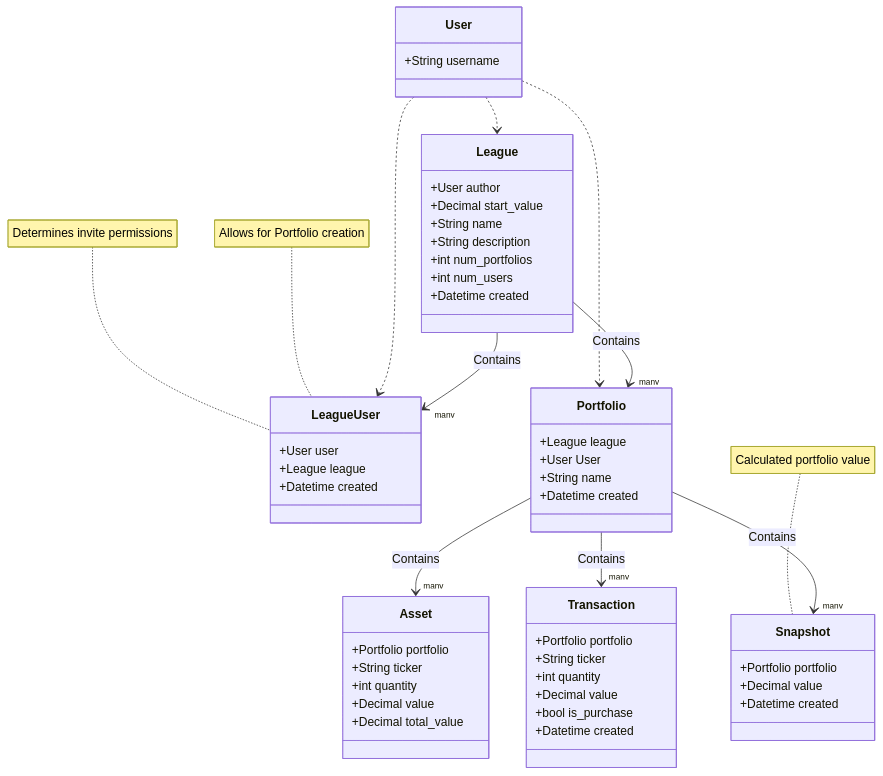
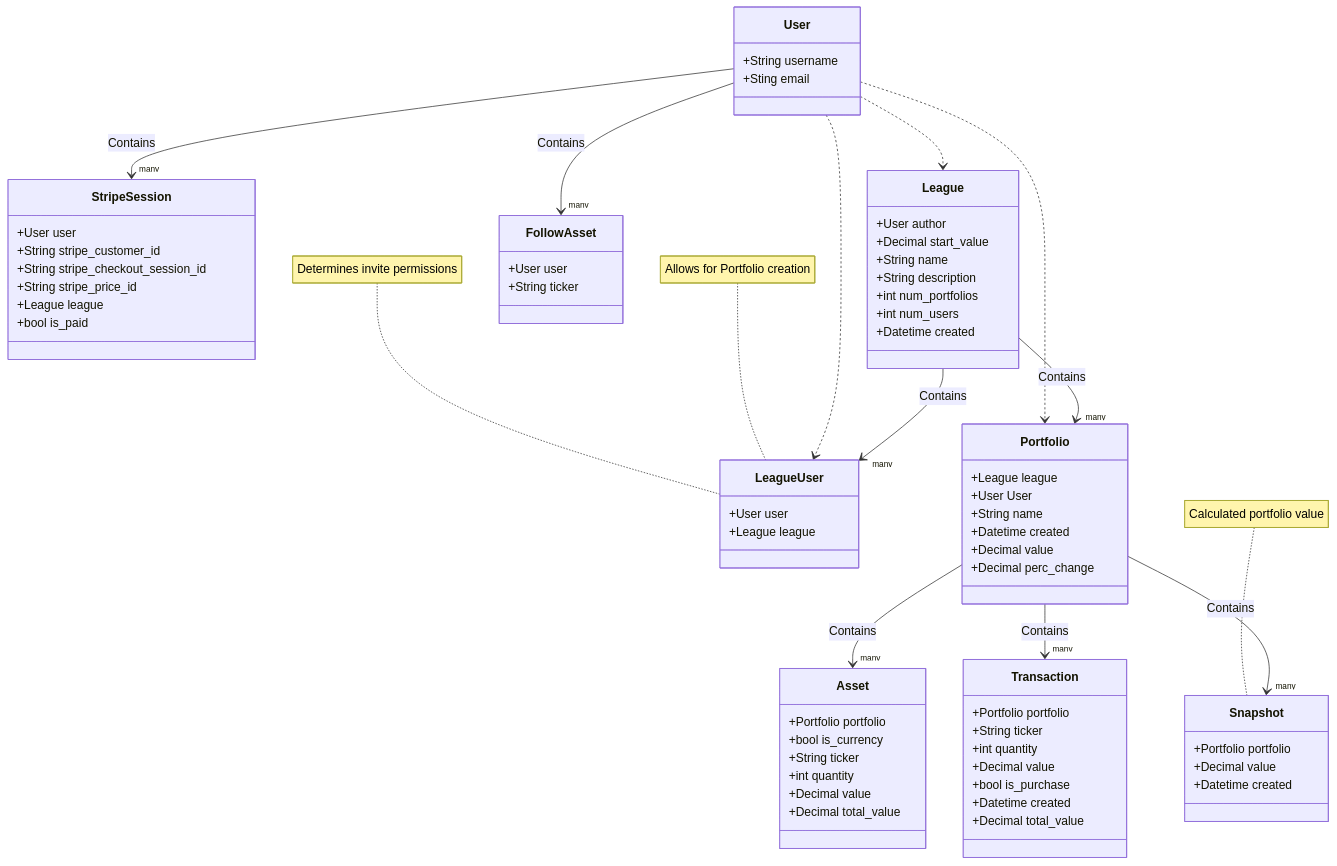
One commit to brianbianchi/portfolio changed the diagram in README.md. Above: the diagram before and after it, drawn with Mermaid. The commit also changed other lines of this file and 2 other files, not shown here.

````diff
--- a/README.md
+++ b/README.md
@@ -16,57 +17,75 @@
 ```mermaid
 classDiagram
     class User {
         +String username
+        +Sting email
+    }
+    class StripeSession {
+        +User user
+        +String stripe_customer_id
+        +String stripe_checkout_session_id
+        +String stripe_price_id
+        +League league
+        +bool is_paid
     }
     class League {
         +User author
         +Decimal start_value
         +String name
         +String description
         +int num_portfolios
         +int num_users
         +Datetime created
     }
     note for LeagueUser "Determines invite permissions"
     note for LeagueUser "Allows for Portfolio creation"
     class LeagueUser {
         +User user
         +League league
-        +Datetime created
     }
     class Portfolio {
         +League league
         +User User
         +String name
         +Datetime created
+        +Decimal value
+        +Decimal perc_change
     }
     note for Snapshot "Calculated portfolio value"
     class Snapshot {
         +Portfolio portfolio
         +Decimal value
         +Datetime created
     }
     class Asset {
         +Portfolio portfolio
+        +bool is_currency
         +String ticker
         +int quantity
         +Decimal value
         +Decimal total_value
+    }
+    class FollowAsset {
+        +User user
+        +String ticker
     }
     class Transaction {
         +Portfolio portfolio
         +String ticker
         +int quantity
         +Decimal value
         +bool is_purchase
         +Datetime created
+        +Decimal total_value
     }
     User ..> League
     User ..> LeagueUser
     User ..> Portfolio
+    User --> "many" StripeSession : Contains
+    User --> "many" FollowAsset : Contains
     League --> "many" LeagueUser : Contains
     League --> "many" Portfolio : Contains
     Portfolio --> "many" Asset : Contains
     Portfolio --> "many" Transaction : Contains
     Portfolio --> "many" Snapshot : Contains
 ```
````
